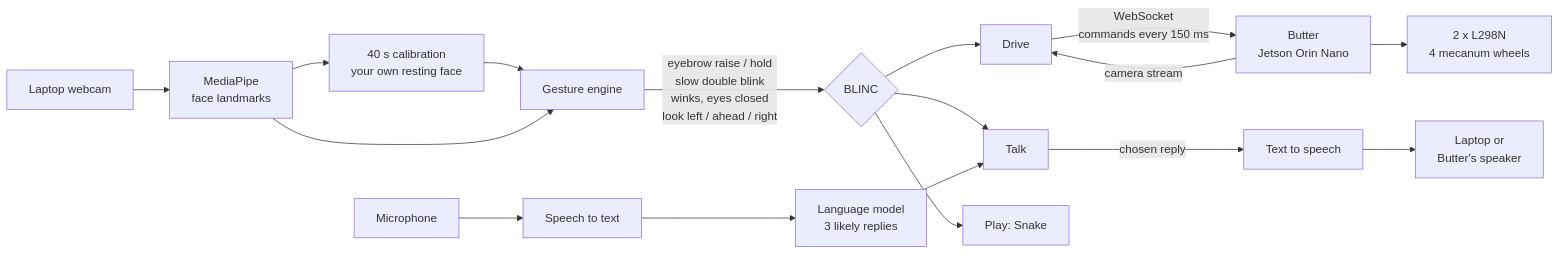
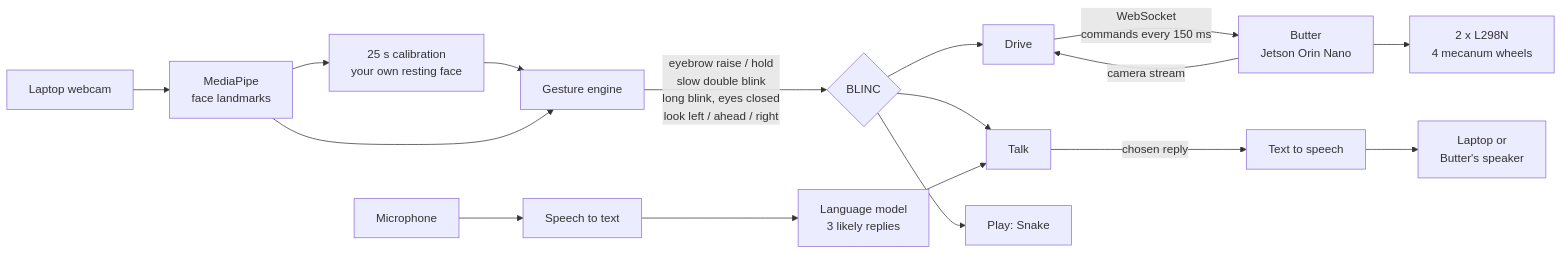
One commit to Kevindo001/blinc_butter changed the diagram in README.md. Above: the diagram before and after it, drawn with Mermaid. The commit also changed other lines of this file and 1 other file, not shown here.

Commit message:
README: controls without winks

````diff
--- a/README.md
+++ b/README.md
@@ -41,23 +41,23 @@
 ```mermaid
 flowchart LR
     CAM[Laptop webcam] --> MP[MediaPipe<br/>face landmarks]
-    MP --> CAL[40 s calibration<br/>your own resting face]
+    MP --> CAL[25 s calibration<br/>your own resting face]
     CAL --> GE[Gesture engine]
     MP --> GE
 
-    GE -->|eyebrow raise / hold<br/>slow double blink<br/>winks, eyes closed<br/>look left / ahead / right| APP{BLINC}
+    GE -->|eyebrow raise / hold<br/>slow double blink<br/>long blink, eyes closed<br/>look left / ahead / right| APP{BLINC}
 
     APP --> DRIVE[Drive]
     APP --> TALK[Talk]
     APP --> PLAY[Play: Snake]
 
     DRIVE -->|WebSocket<br/>commands every 150 ms| JET[Butter<br/>Jetson Orin Nano]
     JET --> MOT[2 x L298N<br/>4 mecanum wheels]
     JET -->|camera stream| DRIVE
 
     MIC[Microphone] --> STT[Speech to text]
     STT --> LLM[Language model<br/>3 likely replies]
     LLM --> TALK
     TALK -->|chosen reply| TTS[Text to speech]
     TTS --> SPK[Laptop or<br/>Butter's speaker]
 ```
````
